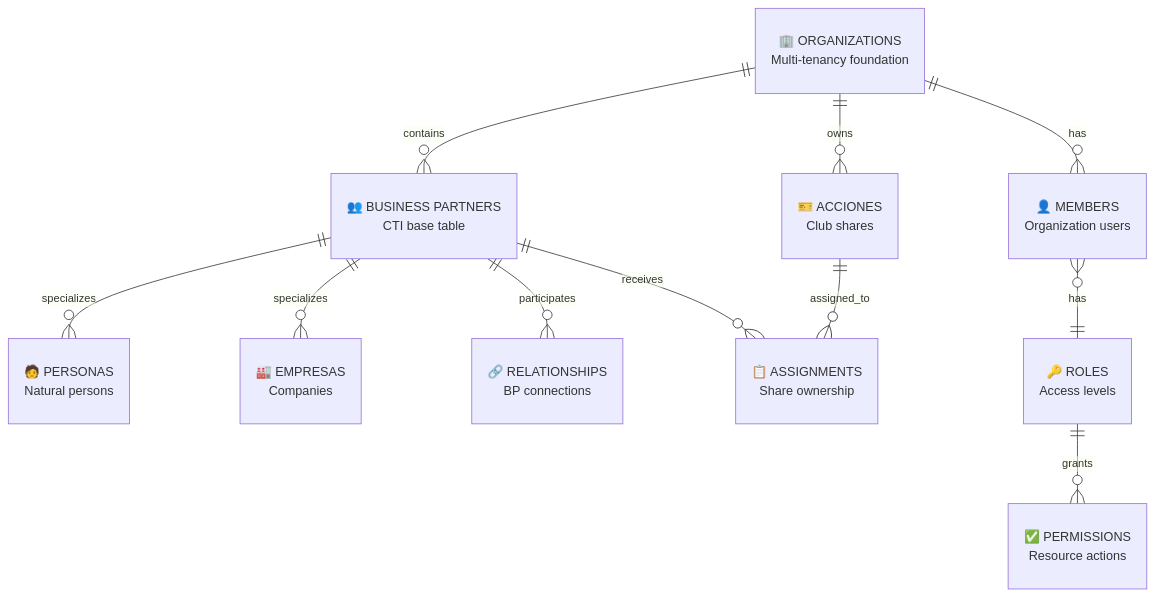
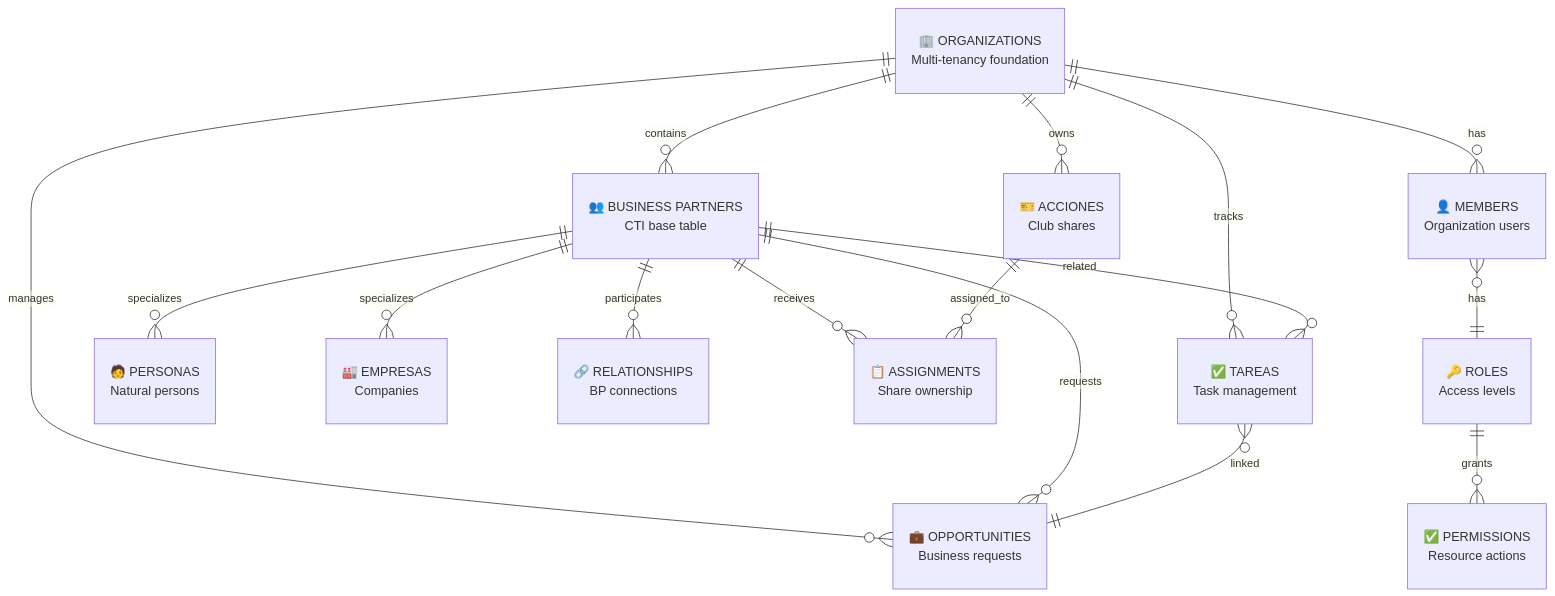
The seventh of 7 diagrams in docs/database/SCHEMA.md (DINCCE/SOCIOS_ADMIN_CCE), drawn with Mermaid before and after one commit. The commit also changed other lines of this file and 8 other files, not shown here.

````diff
--- a/docs/database/SCHEMA.md
+++ b/docs/database/SCHEMA.md
@@ -438,27 +586,35 @@
 ```mermaid
 erDiagram
     ORGANIZATIONS ||--o{ BUSINESS_PARTNERS : contains
     ORGANIZATIONS ||--o{ ACCIONES : owns
     ORGANIZATIONS ||--o{ MEMBERS : has
+    ORGANIZATIONS ||--o{ OPPORTUNITIES : manages
+    ORGANIZATIONS ||--o{ TAREAS : tracks
 
     BUSINESS_PARTNERS ||--o{ PERSONAS : specializes
     BUSINESS_PARTNERS ||--o{ EMPRESAS : specializes
     BUSINESS_PARTNERS ||--o{ RELATIONSHIPS : participates
     BUSINESS_PARTNERS ||--o{ ASSIGNMENTS : receives
+    BUSINESS_PARTNERS ||--o{ OPPORTUNITIES : requests
+    BUSINESS_PARTNERS ||--o{ TAREAS : related
 
     ACCIONES ||--o{ ASSIGNMENTS : assigned_to
 
     MEMBERS }o--|| ROLES : has
     ROLES ||--o{ PERMISSIONS : grants
+
+    TAREAS }o--|| OPPORTUNITIES : linked
 
     ORGANIZATIONS["🏢 ORGANIZATIONS<br/>Multi-tenancy foundation"]
     BUSINESS_PARTNERS["👥 BUSINESS PARTNERS<br/>CTI base table"]
     PERSONAS["🧑 PERSONAS<br/>Natural persons"]
     EMPRESAS["🏭 EMPRESAS<br/>Companies"]
     RELATIONSHIPS["🔗 RELATIONSHIPS<br/>BP connections"]
     ACCIONES["🎫 ACCIONES<br/>Club shares"]
     ASSIGNMENTS["📋 ASSIGNMENTS<br/>Share ownership"]
     MEMBERS["👤 MEMBERS<br/>Organization users"]
     ROLES["🔑 ROLES<br/>Access levels"]
     PERMISSIONS["✅ PERMISSIONS<br/>Resource actions"]
+    OPPORTUNITIES["💼 OPPORTUNITIES<br/>Business requests"]
+    TAREAS["✅ TAREAS<br/>Task management"]
 ```
````
